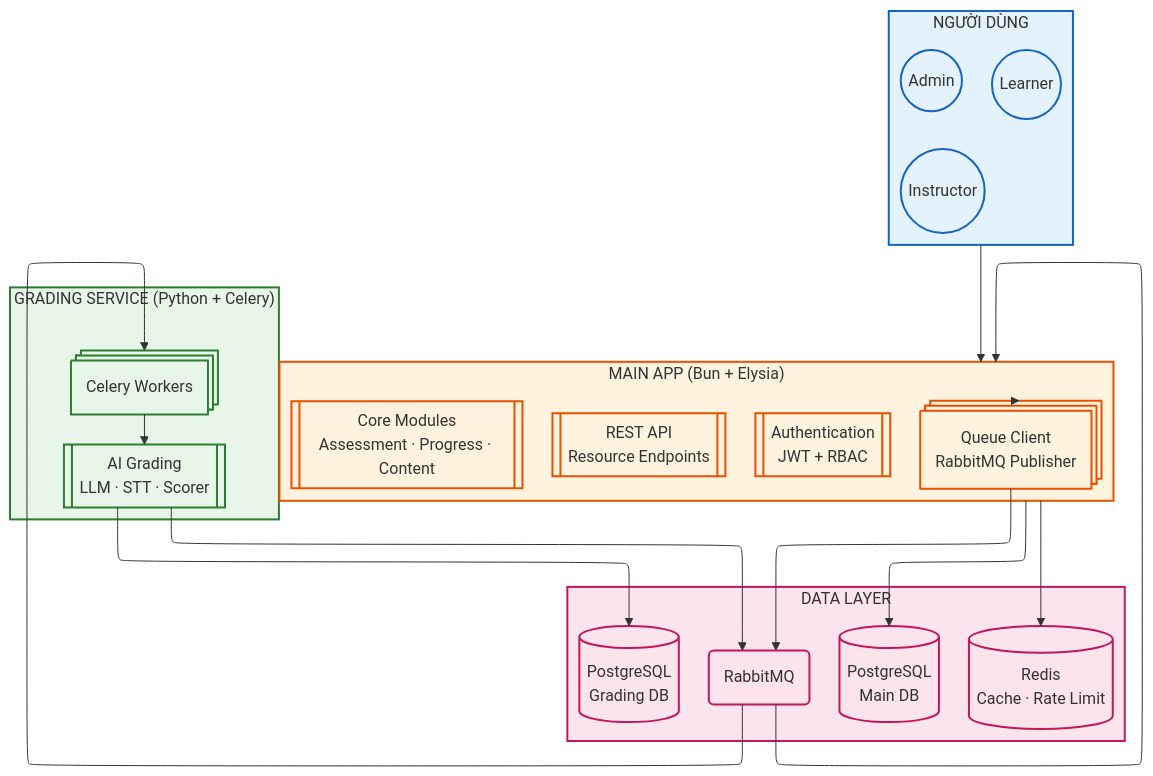
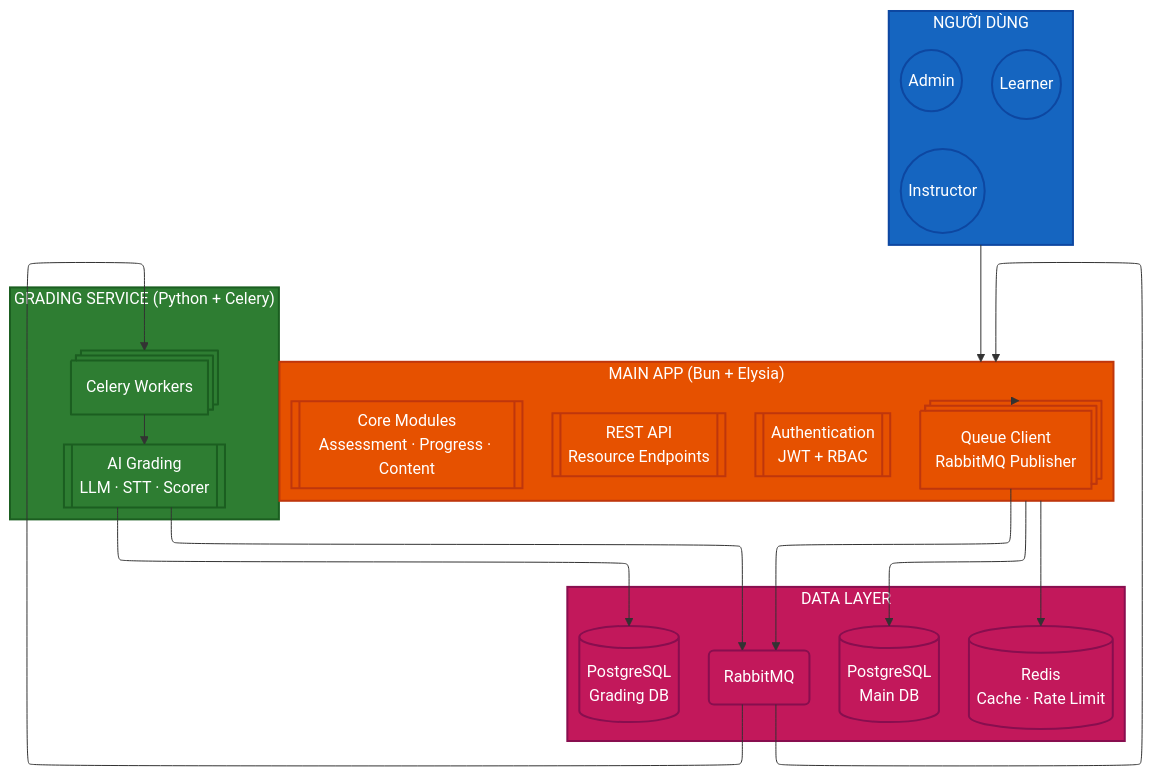
The first of 12 diagrams in docs/capstone/diagrams/flow-diagrams.vi.md (nghyane/VSTEP), drawn with Mermaid before and after one commit. The commit also changed other lines of this file, not shown here.

First line of the commit message:
fix(docs): update diagram colors for dark mode compatibility

````diff
--- a/docs/capstone/diagrams/flow-diagrams.vi.md
+++ b/docs/capstone/diagrams/flow-diagrams.vi.md
@@ -9,57 +9,57 @@
 ```mermaid
 ---
 config:
   layout: elk
   theme: default
 ---
 flowchart TB
     subgraph Users["NGƯỜI DÙNG"]
         direction LR
         L@{ shape: circle, label: "Learner" }
         I@{ shape: circle, label: "Instructor" }
         A@{ shape: circle, label: "Admin" }
     end
 
     subgraph BunApp["MAIN APP (Bun + Elysia)"]
         direction TB
         Auth@{ shape: fr-rect, label: "Authentication\nJWT + RBAC" }
         API@{ shape: fr-rect, label: "REST API\nResource Endpoints" }
         Core@{ shape: fr-rect, label: "Core Modules\nAssessment · Progress · Content" }
         QueueClient@{ shape: st-rect, label: "Queue Client\nRabbitMQ Publisher" }
     end
 
     subgraph GradingService["GRADING SERVICE (Python + Celery)"]
         direction TB
         Worker@{ shape: st-rect, label: "Celery Workers" }
         Grader@{ shape: fr-rect, label: "AI Grading\nLLM · STT · Scorer" }
     end
 
     subgraph DataLayer["DATA LAYER"]
         direction LR
         MainDB@{ shape: cyl, label: "PostgreSQL\nMain DB" }
         GradingDB@{ shape: cyl, label: "PostgreSQL\nGrading DB" }
         MQ@{ shape: rounded, label: "RabbitMQ" }
         Redis@{ shape: cyl, label: "Redis\nCache · Rate Limit" }
     end
 
     Users --> BunApp
     BunApp --> MainDB
     BunApp --> Redis
     BunApp --> QueueClient
     QueueClient --> MQ
     MQ --> Worker
     Worker --> Grader
     Grader --> GradingDB
     Grader --> MQ
     MQ --> BunApp
 
-    classDef users fill:#e3f2fd,stroke:#1565c0,stroke-width:2px
-    classDef bun fill:#fff3e0,stroke:#e65100,stroke-width:2px
-    classDef python fill:#e8f5e9,stroke:#2e7d32,stroke-width:2px
-    classDef data fill:#fce4ec,stroke:#c2185b,stroke-width:2px
+    classDef users fill:#1565c0,stroke:#0d47a1,stroke-width:2px,color:#fff
+    classDef bun fill:#e65100,stroke:#bf360c,stroke-width:2px,color:#fff
+    classDef python fill:#2e7d32,stroke:#1b5e20,stroke-width:2px,color:#fff
+    classDef data fill:#c2185b,stroke:#880e4f,stroke-width:2px,color:#fff
 
     class Users,L,I,A users
     class BunApp,Auth,API,Core,QueueClient bun
     class GradingService,Worker,Grader python
     class DataLayer,MainDB,GradingDB,MQ,Redis data
 ```
````
